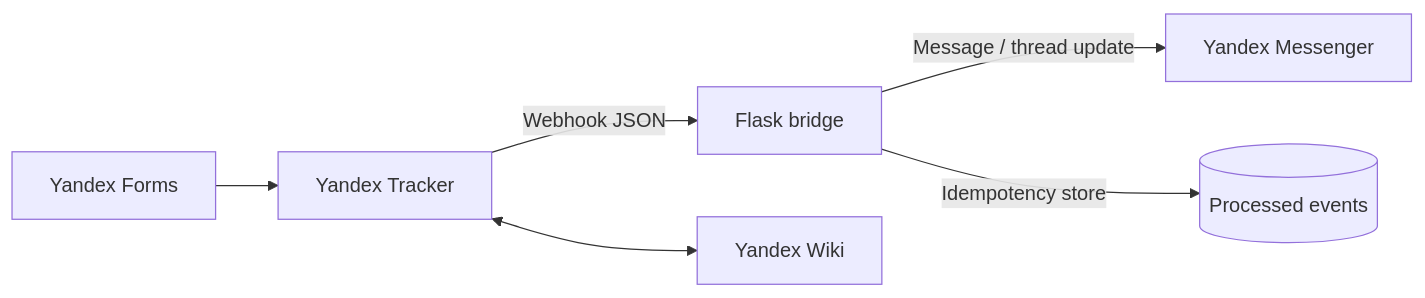
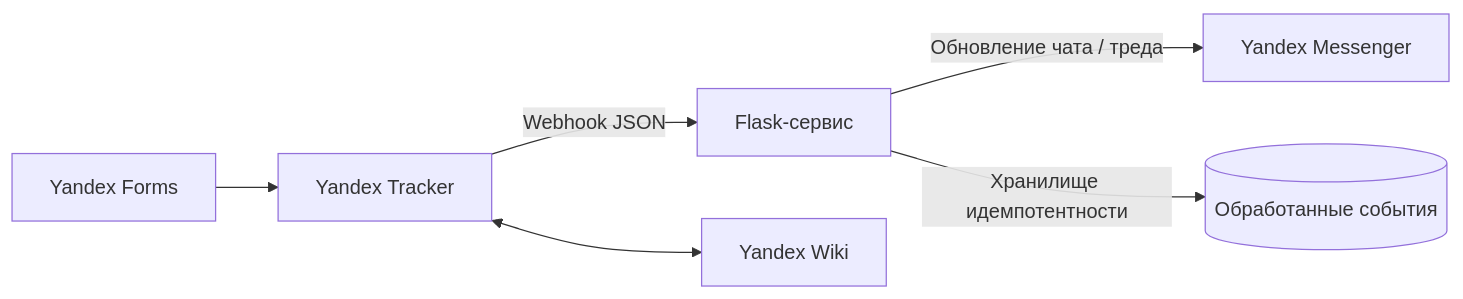
One commit to tdelfin38-web/operations-automation changed the diagram in README.md. Above: the diagram before and after it, drawn with Mermaid. The commit also changed other lines of this file, not shown here.

````diff
--- a/README.md
+++ b/README.md
@@ -15,8 +15,8 @@
 ```mermaid
 flowchart LR
     F[Yandex Forms] --> T[Yandex Tracker]
-    T -->|Webhook JSON| B[Flask bridge]
-    B -->|Message / thread update| M[Yandex Messenger]
+    T -->|Webhook JSON| B[Flask-сервис]
+    B -->|Обновление чата / треда| M[Yandex Messenger]
     T <--> W[Yandex Wiki]
-    B -->|Idempotency store| D[(Processed events)]
+    B -->|Хранилище идемпотентности| D[(Обработанные события)]
 ```
````
